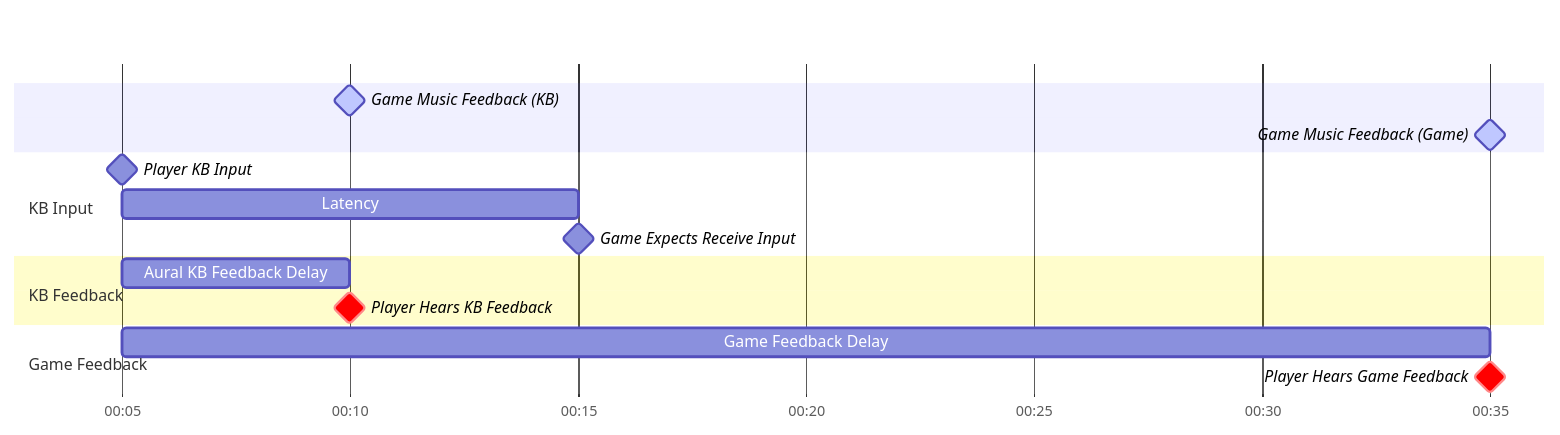
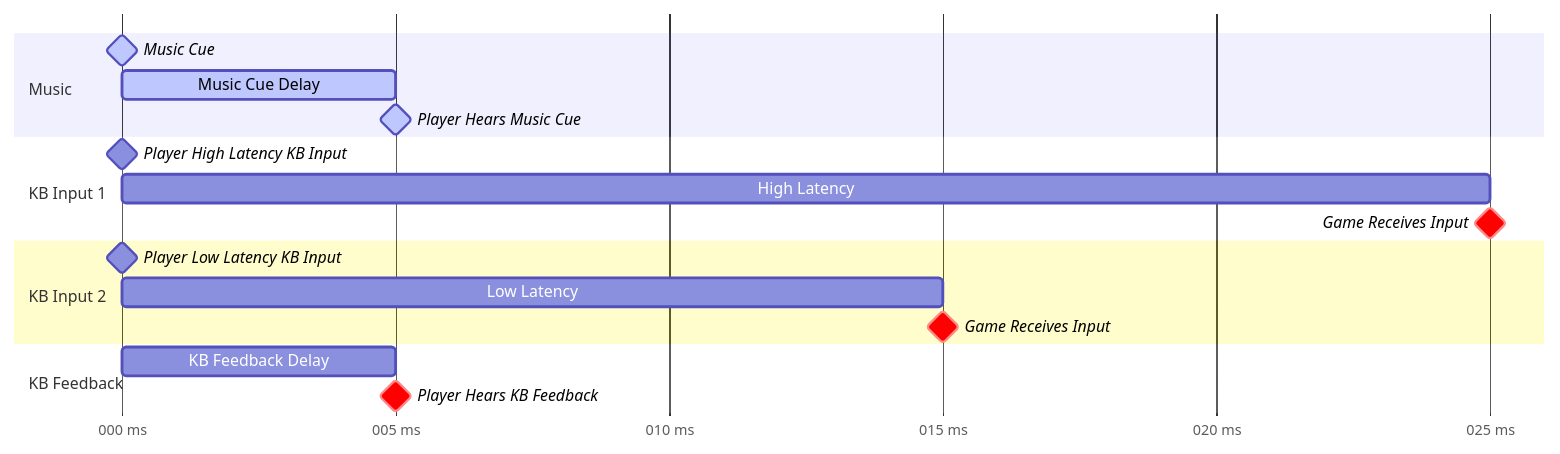
Before and after one commit to Eve-ning/Eve-ning.github.io: the seventh of 12 diagrams in _posts/2024-10-04-hitsounds.md, drawn with Mermaid. The commit also changed other lines of this file, not shown here.

````diff
--- a/_posts/2024-10-04-hitsounds.md
+++ b/_posts/2024-10-04-hitsounds.md
@@ -282,21 +308,25 @@
 ```mermaid
 gantt
-  dateFormat mm:ss
-  axisFormat %M:%S
-  tickInterval 5second
+  dateFormat SSS
+  axisFormat %L ms
+  tickInterval 5millisecond
 
-  Game Music Feedback (KB): active, milestone, 00:10,
-  Game Music Feedback (Game): active, milestone, 00:35,
-  section KB Input
-    Player KB Input: milestone, 00:05,
-    Latency: 00:05, 00:15
-    Game Expects Receive Input: milestone, 00:15
+  section Music
+    Music Cue: active, milestone, 000,
+    Music Cue Delay: active, 000, 005
+    Player Hears Music Cue: active, milestone, 005,
+
+  section KB Input 1
+    Player High Latency KB Input: milestone, 000,
+    High Latency: 000, 025
+    Game Receives Input: crit, milestone, 025
+
+  section KB Input 2
+    Player Low Latency KB Input: milestone, 000,
+    Low Latency: 000, 015
+    Game Receives Input: crit, milestone, 015,
 
   section KB Feedback
-    Aural KB Feedback Delay: 00:05, 00:10
-    Player Hears KB Feedback: crit, milestone, 00:10,
-
-  section Game Feedback
-    Game Feedback Delay: 00:05, 00:35
-    Player Hears Game Feedback: crit, milestone, 00:35,
+    KB Feedback Delay: 000, 005
+    Player Hears KB Feedback: crit, milestone, 005,
 ```
````
